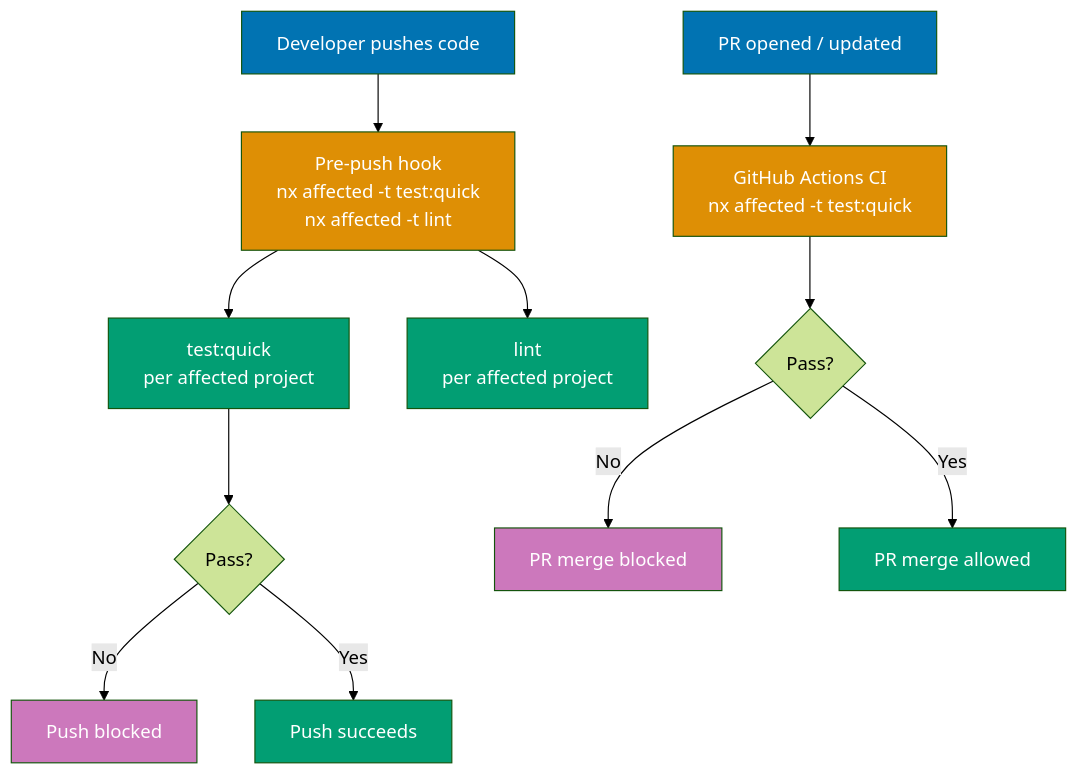
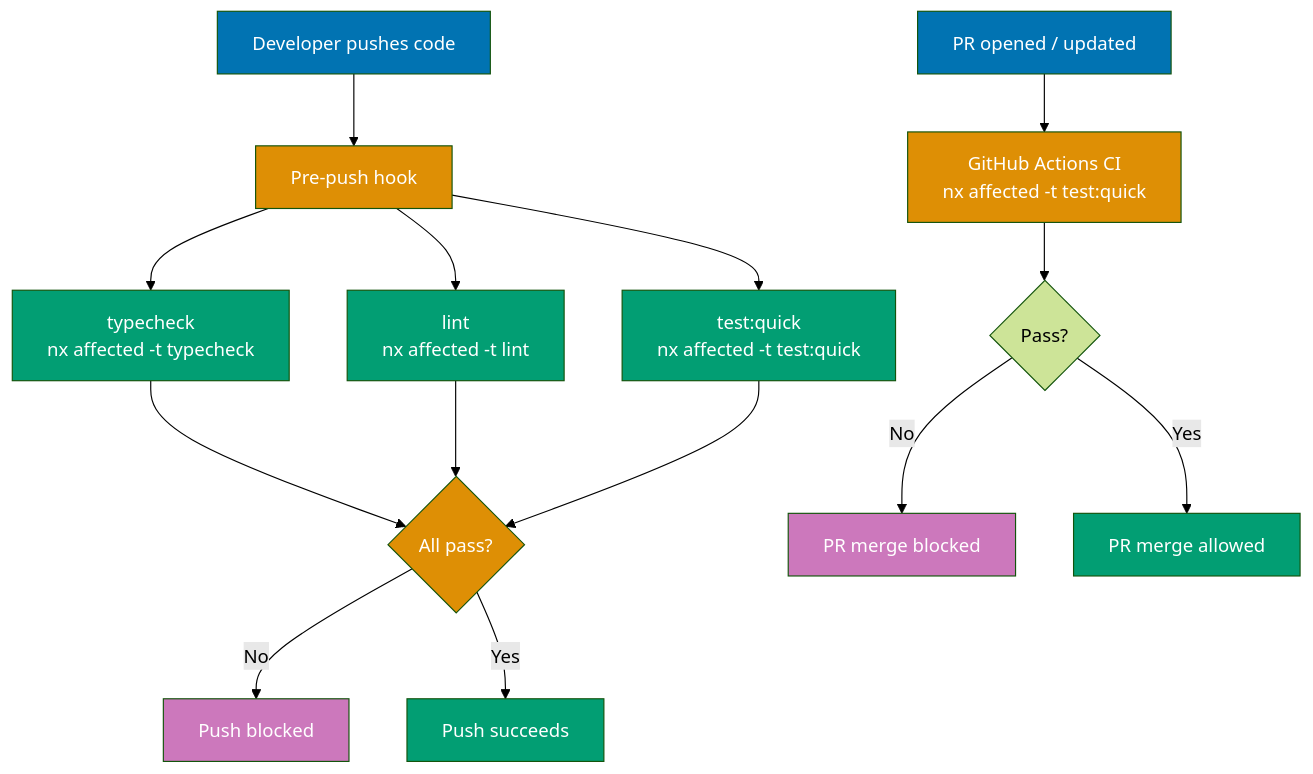
Before and after one commit to wahidyankf/open-sharia-enterprise: the first of 2 diagrams in governance/development/infra/nx-targets.md, drawn with Mermaid (forest theme). The commit also changed other lines of this file and 1 other file, not shown here.

First line of the commit message:
chore(governance): add typecheck and lint to pre-push hook standard

````diff
--- a/governance/development/infra/nx-targets.md
+++ b/governance/development/infra/nx-targets.md
@@ -26,25 +27,30 @@
 ```mermaid
 flowchart TD
-    A[Developer pushes code] --> B["Pre-push hook<br/>nx affected -t test:quick<br/>nx affected -t lint"]
-    B --> C["test:quick<br/>per affected project"]
-    B --> D["lint<br/>per affected project"]
-    C --> E{Pass?}
-    E -- No --> F[Push blocked]
-    E -- Yes --> G[Push succeeds]
+    A[Developer pushes code] --> B[Pre-push hook]
+    B --> C["typecheck<br/>nx affected -t typecheck"]
+    B --> D["lint<br/>nx affected -t lint"]
+    B --> E["test:quick<br/>nx affected -t test:quick"]
+    C --> F{All pass?}
+    D --> F
+    E --> F
+    F -- No --> G[Push blocked]
+    F -- Yes --> H[Push succeeds]
 
     P[PR opened / updated] --> Q["GitHub Actions CI<br/>nx affected -t test:quick"]
     Q --> R{Pass?}
     R -- No --> S[PR merge blocked]
     R -- Yes --> T[PR merge allowed]
 
     style A fill:#0173B2,color:#fff
     style B fill:#DE8F05,color:#fff
     style C fill:#029E73,color:#fff
     style D fill:#029E73,color:#fff
-    style F fill:#CC78BC,color:#fff
-    style G fill:#029E73,color:#fff
+    style E fill:#029E73,color:#fff
+    style F fill:#DE8F05,color:#fff
+    style G fill:#CC78BC,color:#fff
+    style H fill:#029E73,color:#fff
     style P fill:#0173B2,color:#fff
     style Q fill:#DE8F05,color:#fff
     style S fill:#CC78BC,color:#fff
     style T fill:#029E73,color:#fff
 ```
````
